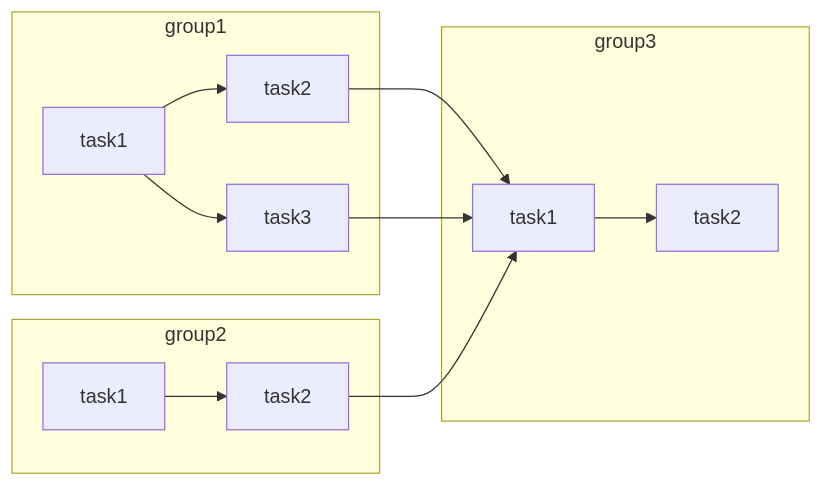
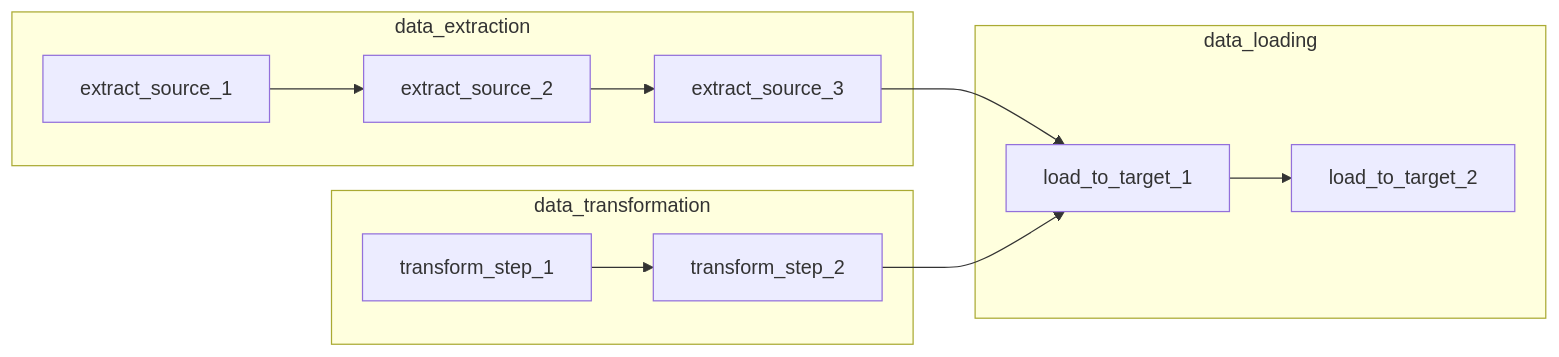
Before and after one commit to dementev-dev/airflow-manual: the diagram in 09 - Пулы, XCom, TaskGroup и алертинг в Airflow.md, drawn with Mermaid. The commit also changed other lines of this file and 5 other files, not shown here.

````diff
--- a/09 - Пулы, XCom, TaskGroup и алертинг в Airflow.md
+++ b/09 - Пулы, XCom, TaskGroup и алертинг в Airflow.md
@@ -182,34 +194,14 @@
 ```mermaid
 flowchart LR
-
-  %% group1
-  subgraph G1["group1"]
-    g1_t1["task1"]
-    g1_t2["task2"]
-    g1_t3["task3"]
-
-    g1_t1 --> g1_t2
-    g1_t1 --> g1_t3
+  subgraph extraction["data_extraction"]
+    e1["extract_source_1"] --> e2["extract_source_2"] --> e3["extract_source_3"]
   end
-
-  %% group2
-  subgraph G2["group2"]
-    g2_t1["task1"]
-    g2_t2["task2"]
-
-    g2_t1 --> g2_t2
+  subgraph transformation["data_transformation"]
+    t1["transform_step_1"] --> t2["transform_step_2"]
   end
-
-  %% group3
-  subgraph G3["group3"]
-    g3_t1["task1"]
-    g3_t2["task2"]
-
-    g3_t1 --> g3_t2
+  subgraph loading["data_loading"]
+    l1["load_to_target_1"] --> l2["load_to_target_2"]
   end
-
-  %% зависимости между группами
-  g1_t2 --> g3_t1
-  g1_t3 --> g3_t1
-  g2_t2 --> g3_t1
+  e3 --> l1
+  t2 --> l1
 ```
````
